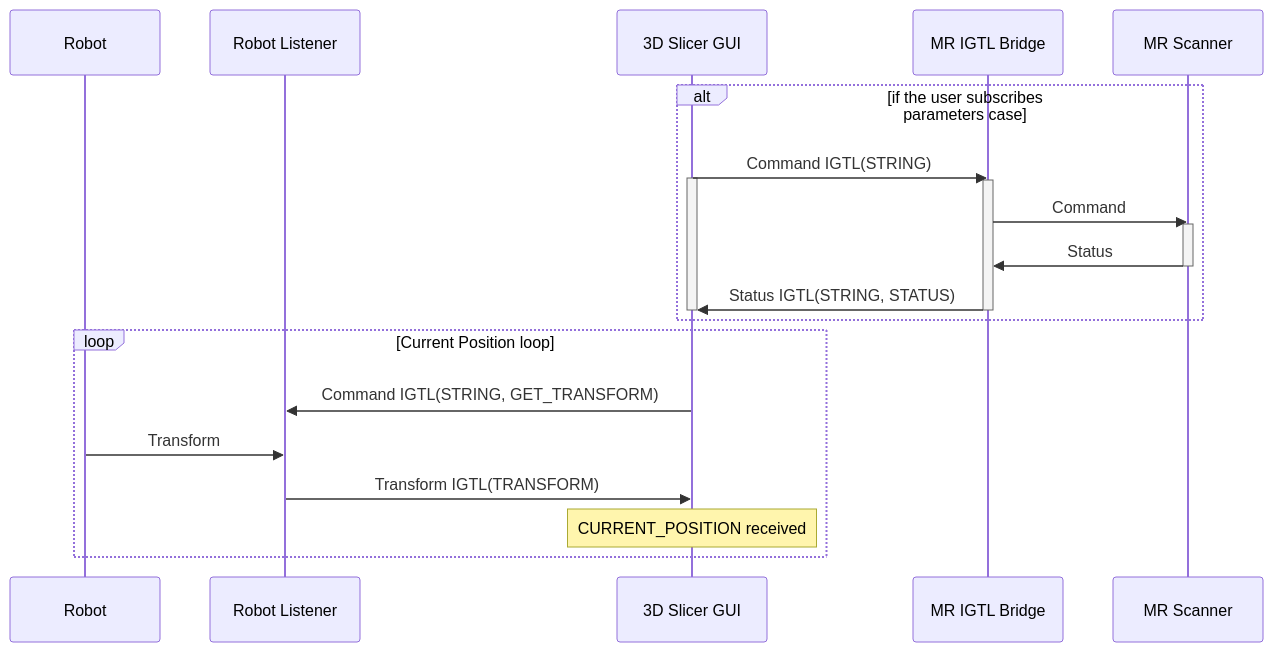
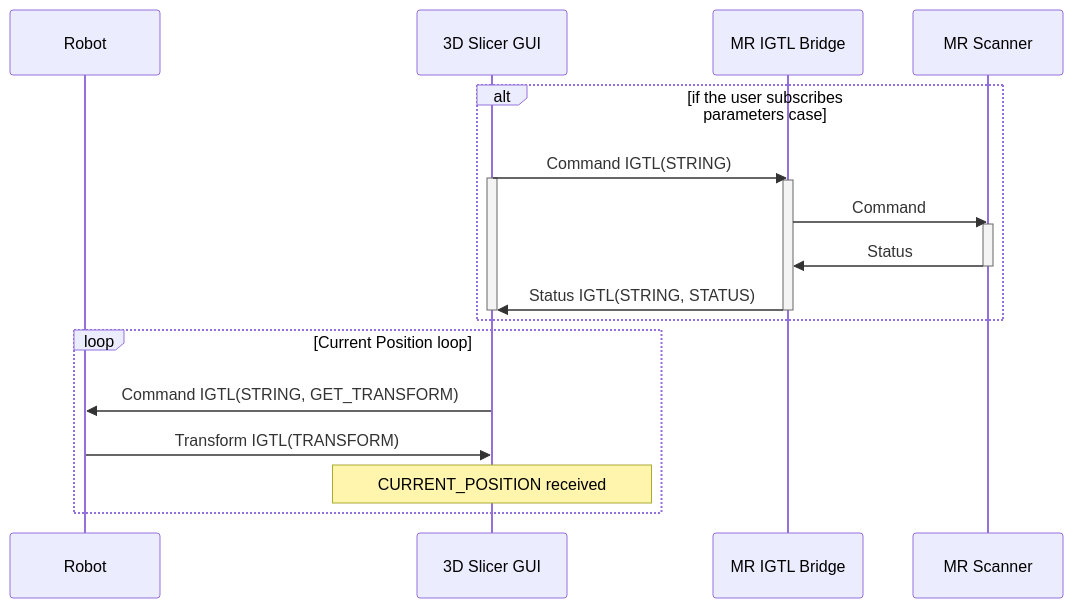
The fifth of 6 diagrams in README.md (ProstateBRP/BRPRobot2021), drawn with Mermaid before and after one commit. The commit also changed other lines of this file, not shown here.

First line of the commit message:
Updated Sequence Diagram

````diff
--- a/README.md
+++ b/README.md
@@ -250,30 +203,28 @@
 ```mermaid
 sequenceDiagram
 
 participant R as Robot
-participant RL as Robot Listener
 participant SGUI as 3D Slicer GUI
 participant MRIGTL  as MR IGTL Bridge
 participant MRS as MR Scanner
 
 alt if the user subscribes parameters case
 SGUI->>MRIGTL:Command IGTL(STRING)
 activate SGUI
 activate MRIGTL
 MRIGTL->>MRS:Command
 
 activate MRS
 MRS->>MRIGTL:Status
 deactivate MRS
 MRIGTL->>SGUI:Status IGTL(STRING, STATUS)
 deactivate SGUI
 deactivate MRIGTL
 end
 
 loop Current Position loop
-SGUI->>RL:Command IGTL(STRING, GET_TRANSFORM)
-R->>RL:Transform
-RL->>SGUI:Transform IGTL(TRANSFORM)
-note over SGUI:CURRENT_POSITION received
+SGUI->>R:Command IGTL(STRING, GET_TRANSFORM)
+R->>SGUI:Transform IGTL(TRANSFORM)
+note over SGUI:⠀⠀⠀CURRENT_POSITION received⠀⠀⠀
 end
 ```
````
